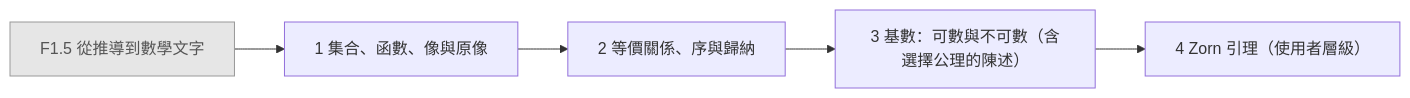
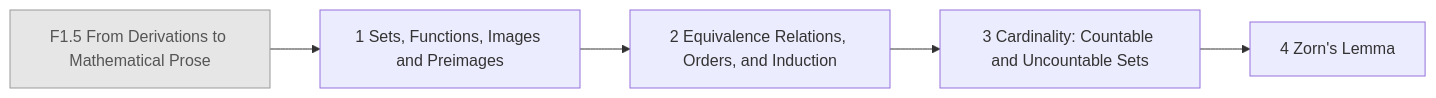
The third of 26 diagrams in generated/README.md (AkizumiFox/math-atlas), drawn with Mermaid before and after one commit. The commit also changed other lines of this file and 36 other files, not shown here.

````diff
--- a/generated/README.md
+++ b/generated/README.md
@@ -91,15 +90,15 @@
 ```mermaid
 flowchart LR
-  F1_5["F1.5 從推導到數學文字"]:::ext
-  F2_1["1 集合、函數、像與原像"]
-  F2_2["2 等價關係、序與歸納"]
-  F2_3["3 基數：可數與不可數（含選擇公理的陳述）"]
-  F2_4["4 Zorn 引理（使用者層級）"]
+  F1_5["F1.5 From Derivations to Mathematical Prose"]:::ext
+  F2_1["1 Sets, Functions, Images and Preimages"]
+  F2_2["2 Equivalence Relations, Orders, and Induction"]
+  F2_3["3 Cardinality: Countable and Uncountable Sets"]
+  F2_4["4 Zorn's Lemma"]
   F1_5 --> F2_1
   F2_1 --> F2_2
   F2_2 --> F2_3
   F2_3 --> F2_4
   classDef ext fill:#e6e6e6,stroke:#999,color:#555
   classDef opt fill:#fff,stroke:#999,stroke-dasharray:4 3,color:#555
   classDef segb fill:#f6f6fb,stroke:#99a,color:#333
 ```
````
